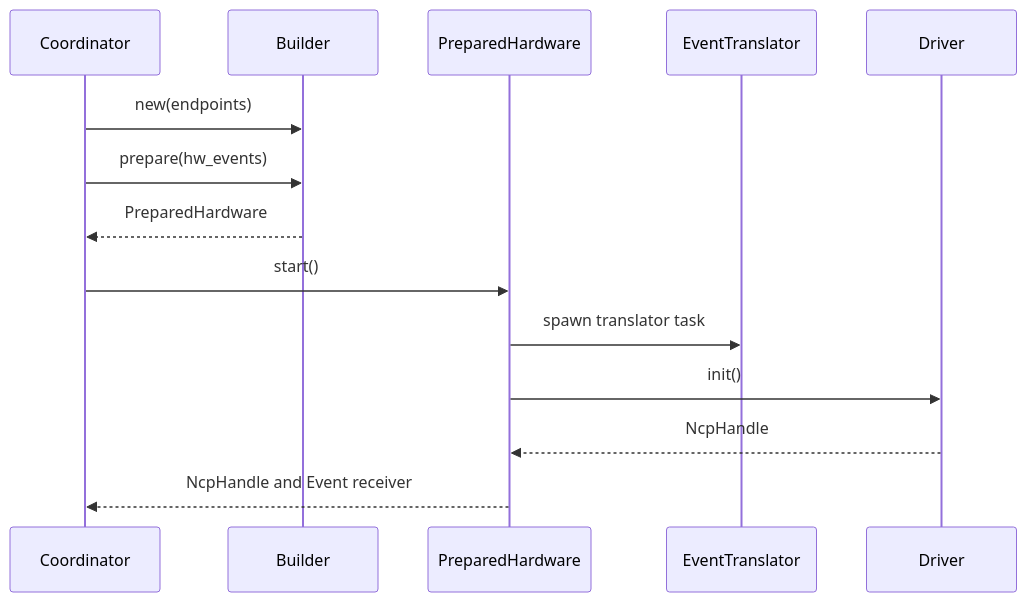
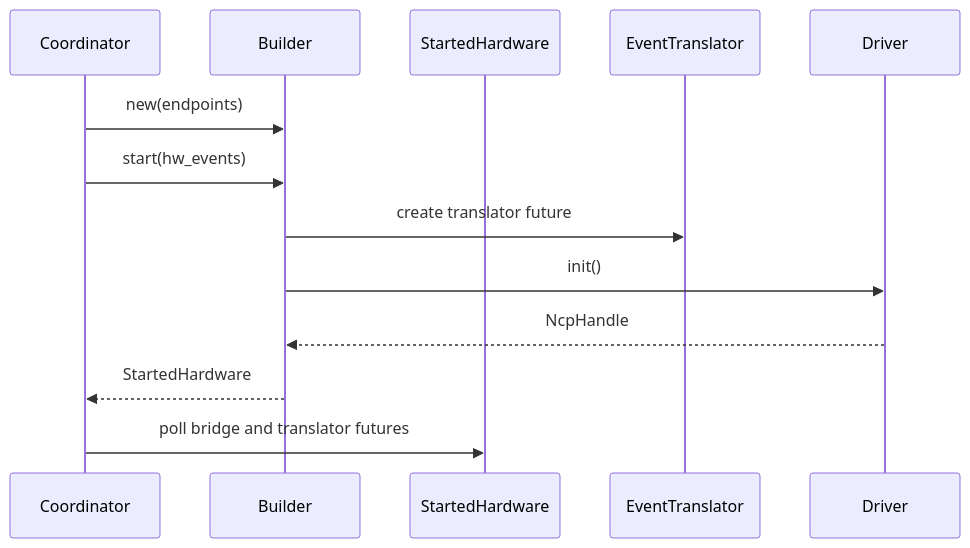
The second of 4 diagrams in apis-saltans-hw/ARCHITECTURE.md (PaulmannLighting/apis-saltans), drawn with Mermaid before and after one commit. The commit also changed other lines of this file and 10 other files, not shown here.

````diff
--- a/apis-saltans-hw/ARCHITECTURE.md
+++ b/apis-saltans-hw/ARCHITECTURE.md
@@ -155,17 +158,16 @@
 ```mermaid
 sequenceDiagram
     participant C as Coordinator;
     participant B as Builder;
-    participant P as PreparedHardware;
+    participant S as StartedHardware;
     participant T as EventTranslator;
     participant D as Driver;
 
     C->>B: new(endpoints);
-    C->>B: prepare(hw_events);
-    B-->>C: PreparedHardware;
-    C->>P: start();
-    P->>T: spawn translator task;
-    P->>D: init();
-    D-->>P: NcpHandle;
-    P-->>C: NcpHandle and Event receiver;
+    C->>B: start(hw_events);
+    B->>T: create translator future;
+    B->>D: init();
+    D-->>B: NcpHandle;
+    B-->>C: StartedHardware;
+    C->>S: poll bridge and translator futures;
 ```
````
